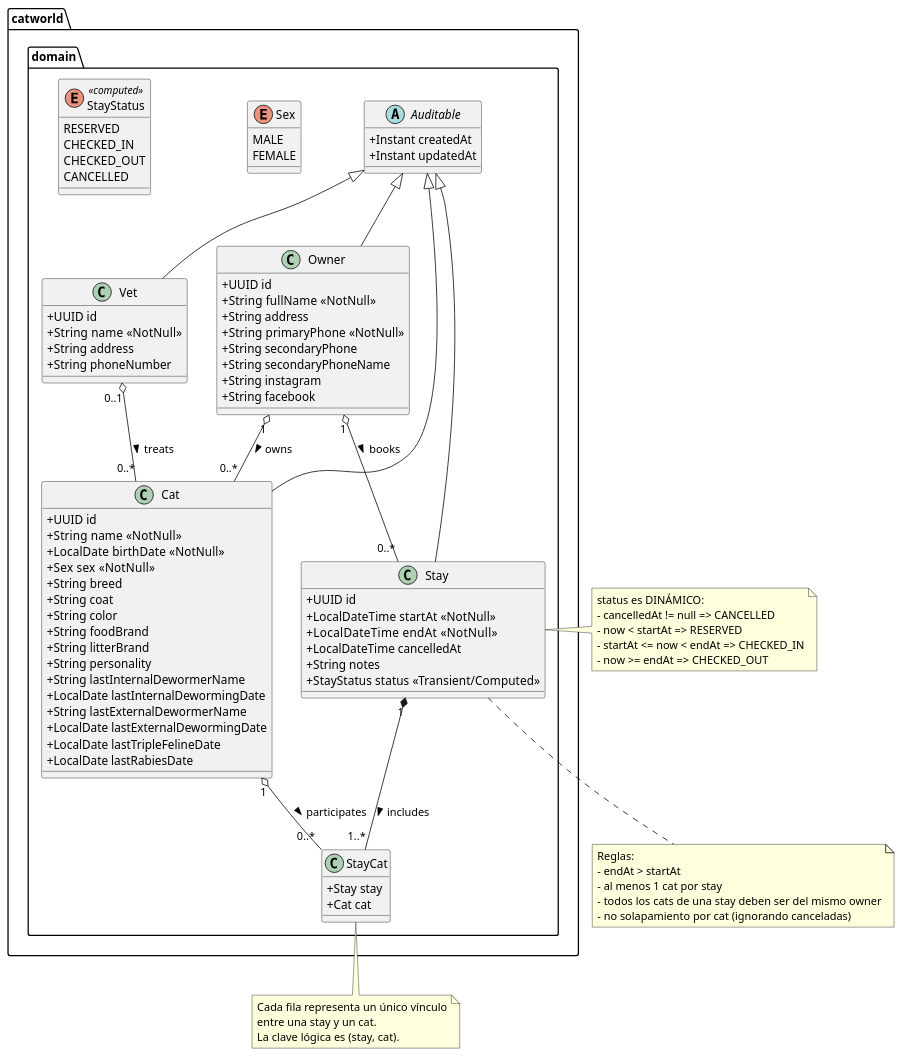
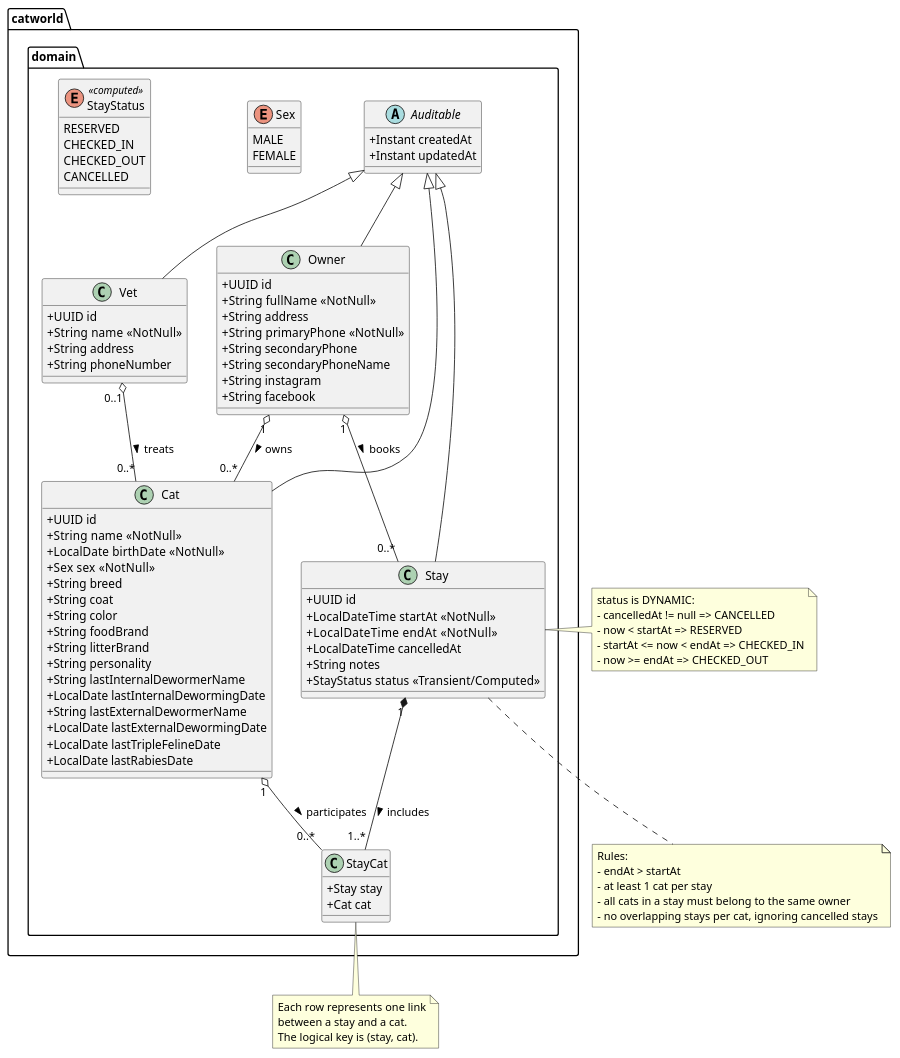
Before and after one commit to TheZenithPassage/catworld: the diagram in docs/uml/01-domain-classes.puml, drawn with PlantUML. The commit also changed 9 other files, not shown here.

```diff
--- a/docs/uml/01-domain-classes.puml
+++ b/docs/uml/01-domain-classes.puml
@@ -1,103 +1,103 @@
 @startuml
 skinparam classAttributeIconSize 0
 
 package "catworld.domain" {
 
   abstract class Auditable {
     +Instant createdAt
     +Instant updatedAt
   }
 
   class Owner extends Auditable {
     +UUID id
     +String fullName  <<NotNull>>
     +String address
     +String primaryPhone  <<NotNull>>
     +String secondaryPhone
     +String secondaryPhoneName
     +String instagram
     +String facebook
   }
 
   class Vet extends Auditable {
     +UUID id
     +String name  <<NotNull>>
     +String address
     +String phoneNumber
   }
 
   enum Sex {
     MALE
     FEMALE
   }
 
   class Cat extends Auditable {
     +UUID id
     +String name  <<NotNull>>
     +LocalDate birthDate  <<NotNull>>
     +Sex sex  <<NotNull>>
     +String breed
     +String coat
     +String color
     +String foodBrand
     +String litterBrand
     +String personality
     +String lastInternalDewormerName
     +LocalDate lastInternalDewormingDate
     +String lastExternalDewormerName
     +LocalDate lastExternalDewormingDate
     +LocalDate lastTripleFelineDate
     +LocalDate lastRabiesDate
   }
 
   enum StayStatus <<computed>> {
     RESERVED
     CHECKED_IN
     CHECKED_OUT
     CANCELLED
   }
 
   class Stay extends Auditable {
     +UUID id
     +LocalDateTime startAt  <<NotNull>>
     +LocalDateTime endAt    <<NotNull>>
     +LocalDateTime cancelledAt
     +String notes
     +StayStatus status  <<Transient/Computed>>
   }
 
   class StayCat {
     +Stay stay
     +Cat cat
   }
 
   Owner "1" o-- "0..*" Cat : owns >
   Vet   "0..1" o-- "0..*" Cat : treats >
   Owner "1" o-- "0..*" Stay : books >
   Stay  "1" *-- "1..*" StayCat : includes >
   Cat   "1" o-- "0..*" StayCat : participates >
 }
 
 note right of Stay
-status es DINÁMICO:
+status is DYNAMIC:
 - cancelledAt != null => CANCELLED
 - now < startAt => RESERVED
 - startAt <= now < endAt => CHECKED_IN
 - now >= endAt => CHECKED_OUT
 end note
 
 note bottom of Stay
-Reglas:
+Rules:
 - endAt > startAt
-- al menos 1 cat por stay
-- todos los cats de una stay deben ser del mismo owner
-- no solapamiento por cat (ignorando canceladas)
+- at least 1 cat per stay
+- all cats in a stay must belong to the same owner
+- no overlapping stays per cat, ignoring cancelled stays
 end note
 
 note bottom of StayCat
-Cada fila representa un único vínculo
-entre una stay y un cat.
-La clave lógica es (stay, cat).
+Each row represents one link
+between a stay and a cat.
+The logical key is (stay, cat).
 end note
 
 @enduml
```
